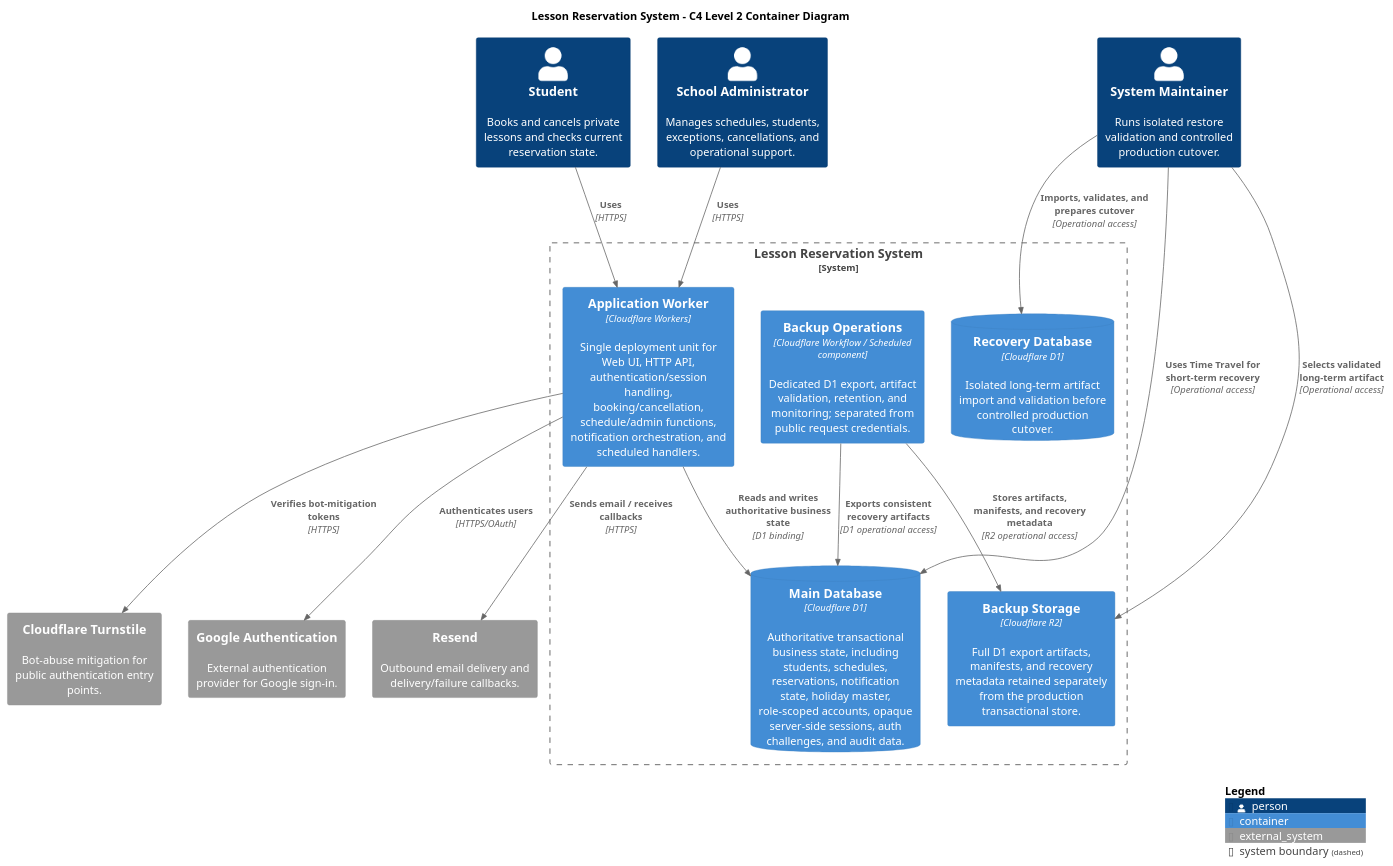
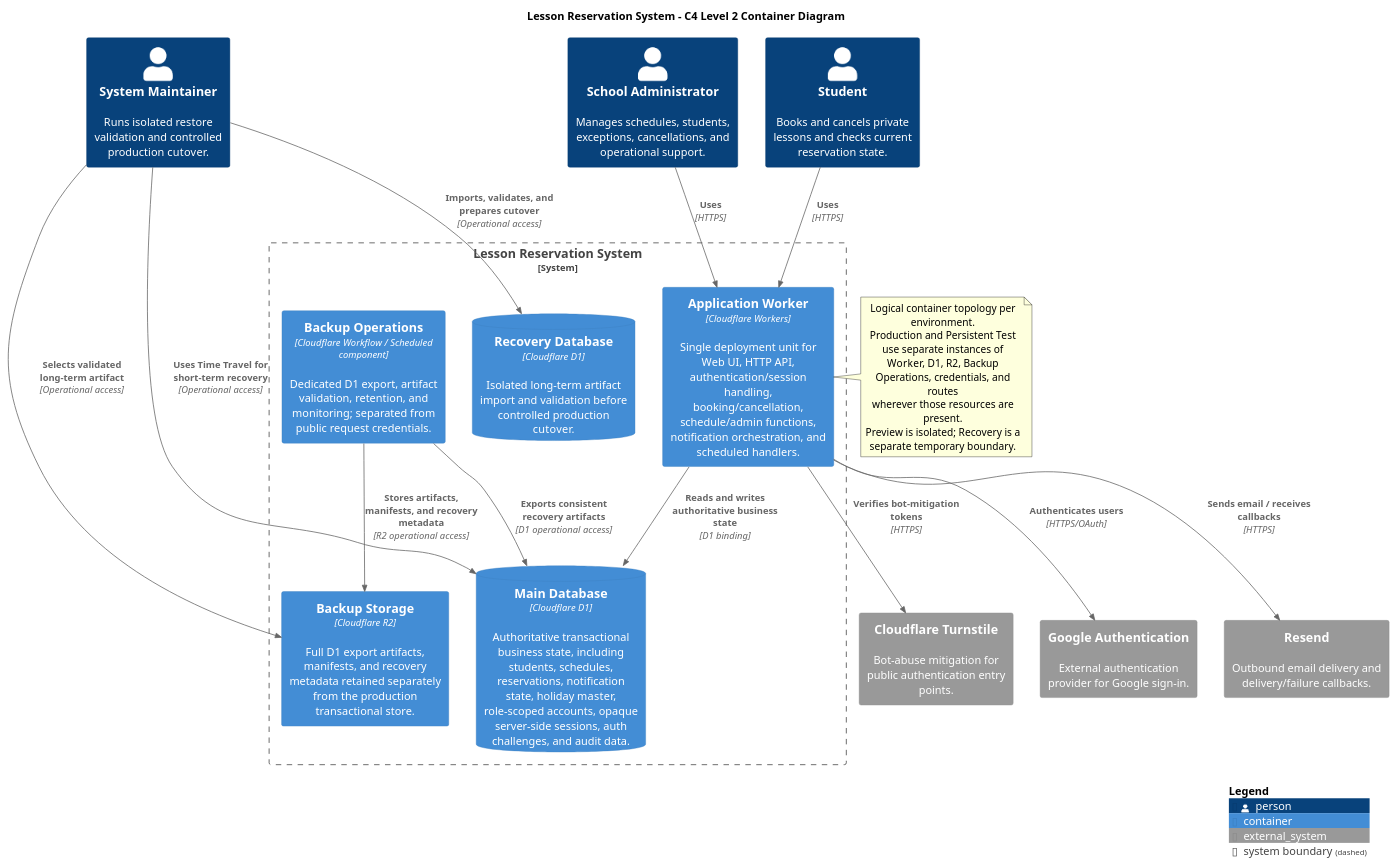
Before and after one commit to suzukure/nssscdl: the diagram in docs/diagrams/plantuml/c4-container.puml, drawn with PlantUML. The commit also changed 4 other files, not shown here.

```diff
--- a/docs/diagrams/plantuml/c4-container.puml
+++ b/docs/diagrams/plantuml/c4-container.puml
@@ -1,37 +1,45 @@
 @startuml
 !include <C4/C4_Container>
 
 LAYOUT_WITH_LEGEND()
 
 title Lesson Reservation System - C4 Level 2 Container Diagram
 
 Person(student, "Student", "Books and cancels private lessons and checks current reservation state.")
 Person(admin, "School Administrator", "Manages schedules, students, exceptions, cancellations, and operational support.")
 Person(operator, "System Maintainer", "Runs isolated restore validation and controlled production cutover.")
 
 System_Boundary(system, "Lesson Reservation System") {
     Container(app, "Application Worker", "Cloudflare Workers", "Single deployment unit for Web UI, HTTP API, authentication/session handling, booking/cancellation, schedule/admin functions, notification orchestration, and scheduled handlers.")
     ContainerDb(db, "Main Database", "Cloudflare D1", "Authoritative transactional business state, including students, schedules, reservations, notification state, holiday master, role-scoped accounts, opaque server-side sessions, auth challenges, and audit data.")
     ContainerDb(recovery_db, "Recovery Database", "Cloudflare D1", "Isolated long-term artifact import and validation before controlled production cutover.")
     Container(backup_job, "Backup Operations", "Cloudflare Workflow / Scheduled component", "Dedicated D1 export, artifact validation, retention, and monitoring; separated from public request credentials.")
     Container(backup, "Backup Storage", "Cloudflare R2", "Full D1 export artifacts, manifests, and recovery metadata retained separately from the production transactional store.")
 }
 
 System_Ext(google, "Google Authentication", "External authentication provider for Google sign-in.")
 System_Ext(resend, "Resend", "Outbound email delivery and delivery/failure callbacks.")
 System_Ext(turnstile, "Cloudflare Turnstile", "Bot-abuse mitigation for public authentication entry points.")
 
+note right of app
+  Logical container topology per environment.
+  Production and Persistent Test use separate instances of
+  Worker, D1, R2, Backup Operations, credentials, and routes
+  wherever those resources are present.
+  Preview is isolated; Recovery is a separate temporary boundary.
+end note
+
 Rel(student, app, "Uses", "HTTPS")
 Rel(admin, app, "Uses", "HTTPS")
 Rel(operator, db, "Uses Time Travel for short-term recovery", "Operational access")
 Rel(operator, backup, "Selects validated long-term artifact", "Operational access")
 Rel(operator, recovery_db, "Imports, validates, and prepares cutover", "Operational access")
 Rel(app, db, "Reads and writes authoritative business state", "D1 binding")
 Rel(backup_job, db, "Exports consistent recovery artifacts", "D1 operational access")
 Rel(backup_job, backup, "Stores artifacts, manifests, and recovery metadata", "R2 operational access")
 Rel(app, google, "Authenticates users", "HTTPS/OAuth")
 Rel(app, resend, "Sends email / receives callbacks", "HTTPS")
 Rel(app, turnstile, "Verifies bot-mitigation tokens", "HTTPS")
 
 SHOW_LEGEND()
 @enduml
```
